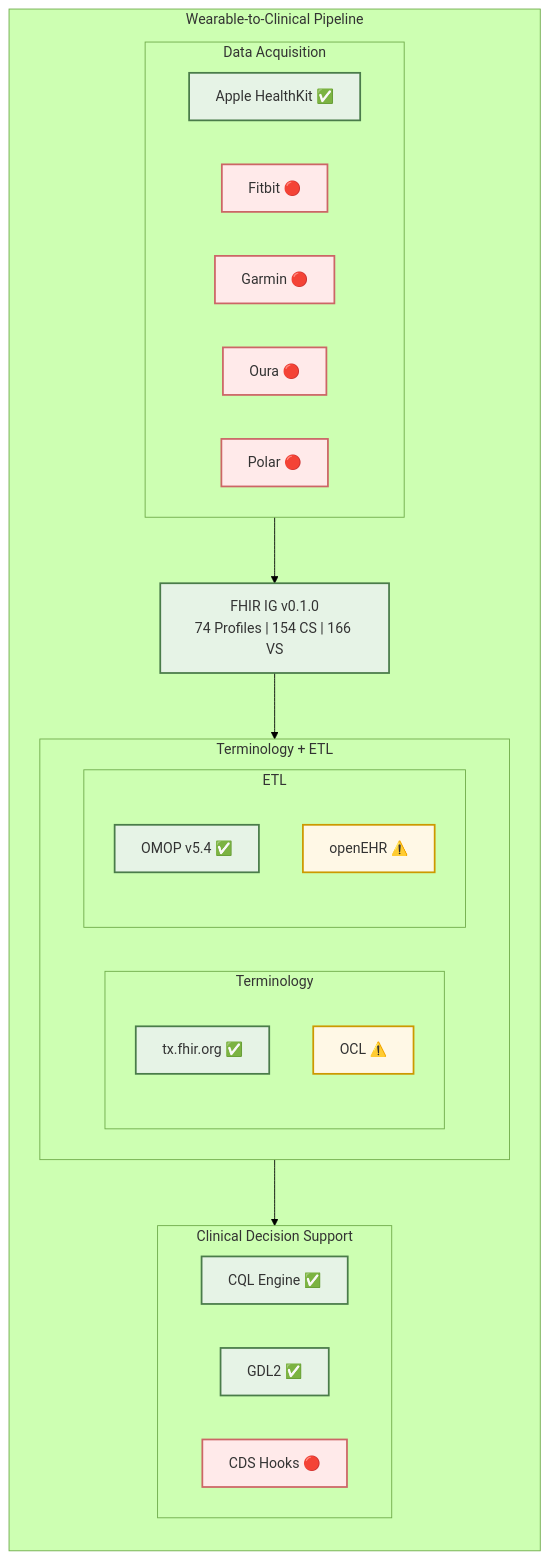
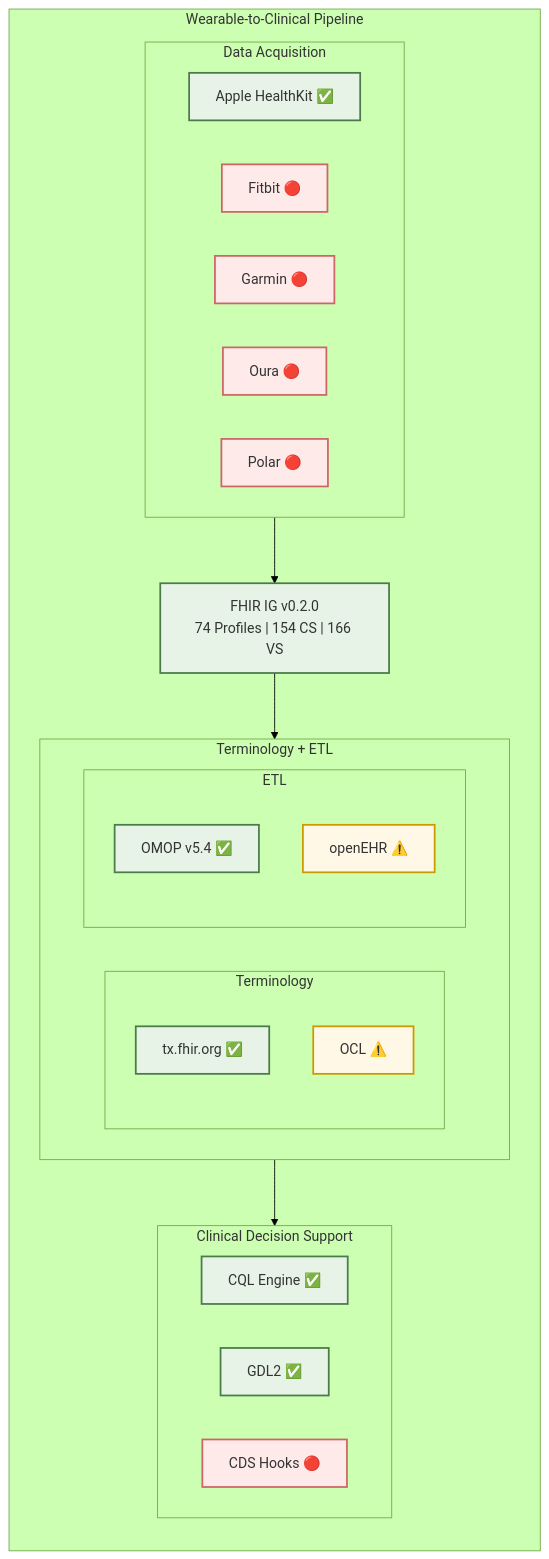
One commit to RicardoLSantos/shorthand changed the first of 5 diagrams in README.md. Above: the diagram before and after it, drawn with Mermaid (forest theme). The commit also changed other lines of this file and 4 other files, not shown here.

````diff
--- a/README.md
+++ b/README.md
@@ -30,48 +30,48 @@
 ```mermaid
 flowchart TB
     subgraph WP["Wearable-to-Clinical Pipeline"]
         direction TB
 
         subgraph TG1["Data Acquisition"]
             direction LR
             APPLE["Apple HealthKit ✅"]
             FITBIT["Fitbit 🔴"]
             GARMIN["Garmin 🔴"]
             OURA["Oura 🔴"]
             POLAR["Polar 🔴"]
         end
 
-        FHIRIG["FHIR IG v0.1.0<br/>74 Profiles | 154 CS | 166 VS"]
+        FHIRIG["FHIR IG v0.2.0<br/>74 Profiles | 154 CS | 166 VS"]
 
         subgraph TG2["Terminology + ETL"]
             direction LR
             subgraph TERM["Terminology"]
                 TXFHIR["tx.fhir.org ✅"]
                 OCL["OCL ⚠️"]
             end
             subgraph ETL["ETL"]
                 OMOP["OMOP v5.4 ✅"]
                 OPENEHR["openEHR ⚠️"]
             end
         end
 
         subgraph TG4["Clinical Decision Support"]
             direction LR
             CQL["CQL Engine ✅"]
             GDL2["GDL2 ✅"]
             CDSHOOKS["CDS Hooks 🔴"]
         end
     end
 
     TG1 --> FHIRIG
     FHIRIG --> TG2
     TG2 --> TG4
 
     classDef done fill:#e6f3e6,stroke:#4a7c4a,stroke-width:2px,color:#333
     classDef partial fill:#fff8e6,stroke:#cc9900,stroke-width:2px,color:#333
     classDef todo fill:#ffeaea,stroke:#cc6666,stroke-width:2px,color:#333
 
     class APPLE,FHIRIG,TXFHIR,OMOP,CQL,GDL2 done
     class OCL,OPENEHR partial
     class FITBIT,GARMIN,OURA,POLAR,CDSHOOKS todo
 ```
````
